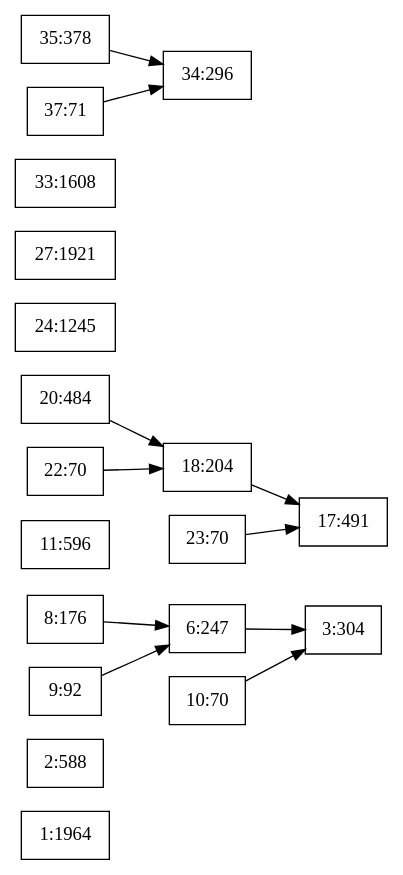
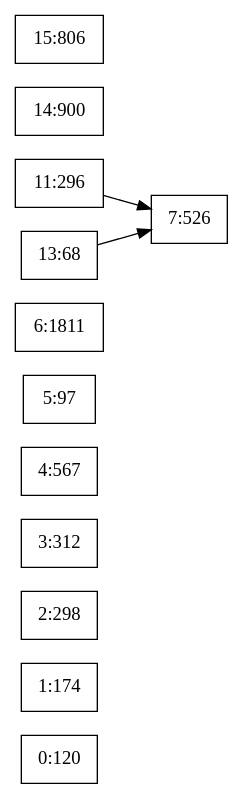
One commit to agongdai/peta changed the diagram in graph/rm_after_update_2.dot. Above: the diagram before and after it, drawn with Graphviz. The commit also changed 14 other files, not shown here.

```diff
--- a/graph/rm_after_update_2.dot
+++ b/graph/rm_after_update_2.dot
@@ -1,32 +1,17 @@
 digraph g { 
 	rankdir = LR 
-	1 [shape=box, label="1:1964"] 
-	2 [shape=box, label="2:588"] 
-	3 [shape=box, label="3:304"] 
-	6 [shape=box, label="6:247"] 
-	6 -> 3
-	8 [shape=box, label="8:176"] 
-	8 -> 6
-	9 [shape=box, label="9:92"] 
-	9 -> 6
-	10 [shape=box, label="10:70"] 
-	10 -> 3
-	11 [shape=box, label="11:596"] 
-	17 [shape=box, label="17:491"] 
-	18 [shape=box, label="18:204"] 
-	18 -> 17
-	20 [shape=box, label="20:484"] 
-	20 -> 18
-	22 [shape=box, label="22:70"] 
-	22 -> 18
-	23 [shape=box, label="23:70"] 
-	23 -> 17
-	24 [shape=box, label="24:1245"] 
-	27 [shape=box, label="27:1921"] 
-	33 [shape=box, label="33:1608"] 
-	34 [shape=box, label="34:296"] 
-	35 [shape=box, label="35:378"] 
-	35 -> 34
-	37 [shape=box, label="37:71"] 
-	37 -> 34
+	0 [shape=box, label="0:120"] 
+	1 [shape=box, label="1:174"] 
+	2 [shape=box, label="2:298"] 
+	3 [shape=box, label="3:312"] 
+	4 [shape=box, label="4:567"] 
+	5 [shape=box, label="5:97"] 
+	6 [shape=box, label="6:1811"] 
+	7 [shape=box, label="7:526"] 
+	11 [shape=box, label="11:296"] 
+	11 -> 7
+	13 [shape=box, label="13:68"] 
+	13 -> 7
+	14 [shape=box, label="14:900"] 
+	15 [shape=box, label="15:806"] 
 } 
```
